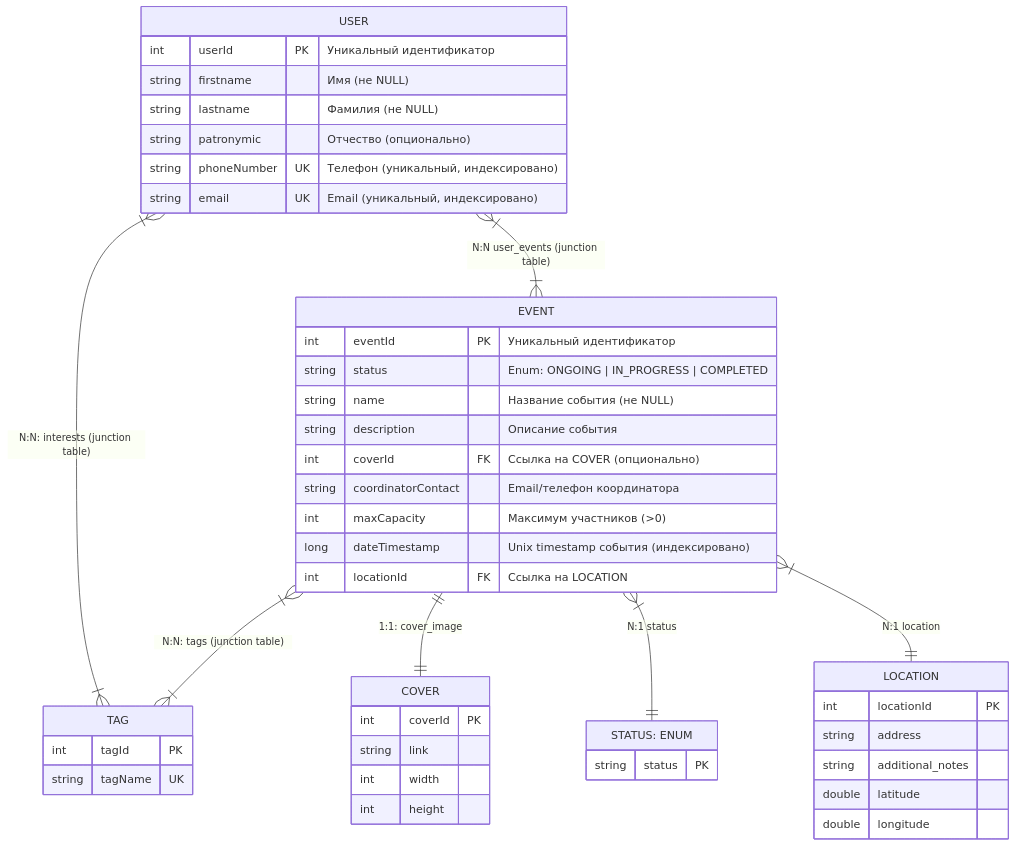
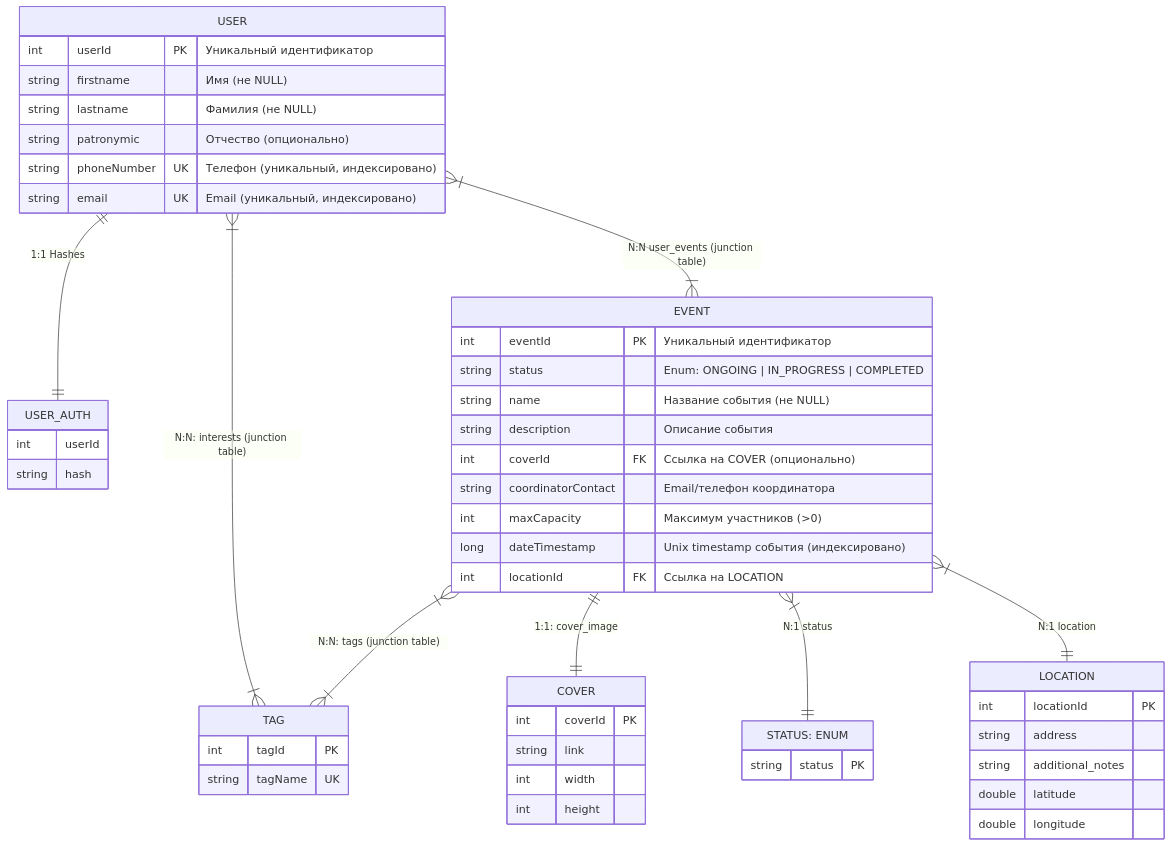
One commit to ADT-VOLUNTEERS-CASE/.github changed the third of 3 diagrams in documentation/architecture/erd.md. Above: the diagram before and after it, drawn with Mermaid. The commit also changed other lines of this file, not shown here.

Commit message:
docs(erd.md) define passwords hash table Minor tweaks

````diff
--- a/documentation/architecture/erd.md
+++ b/documentation/architecture/erd.md
@@ -107,54 +112,61 @@
 ```mermaid
 erDiagram
+   USER_AUTH {
+      int userId
+      string hash
+   }
+   
    USER {
       int userId PK "Уникальный идентификатор"
       string firstname "Имя (не NULL)"
       string lastname "Фамилия (не NULL)"
       string patronymic "Отчество (опционально)"
       string phoneNumber UK "Телефон (уникальный, индексировано)"
       string email UK "Email (уникальный, индексировано)"
    }
 
    EVENT {
       int eventId PK "Уникальный идентификатор"
       string status "Enum: ONGOING | IN_PROGRESS | COMPLETED"
       string name "Название события (не NULL)"
       string description "Описание события"
       int coverId FK "Ссылка на COVER (опционально)"
       string coordinatorContact "Email/телефон координатора"
       int maxCapacity "Максимум участников (>0)"
       long dateTimestamp "Unix timestamp события (индексировано)"
       int locationId FK "Ссылка на LOCATION"
    }
 
    TAG {
       int tagId PK
       string tagName UK
    }
 
    COVER {
       int coverId PK
       string link
       int width
       int height
    }
 
    LOCATION {
       int locationId PK
       string address
       string additional_notes
       double latitude
       double longitude
    }
 
    STATUS["STATUS: ENUM"] {
       string status PK
    }
 
    USER }|--|{ TAG: "N:N: interests (junction table)"
    USER }|--|{ EVENT: "N:N user_events (junction table)"
+   USER ||--|| USER_AUTH: "1:1 Hashes"
+   
    EVENT }|--|{ TAG: "N:N: tags (junction table)"
    EVENT ||--|| COVER: "1:1: cover_image"
    EVENT }|--|| STATUS: "N:1 status"
    EVENT }|--|| LOCATION: "N:1 location"
 ```
````
